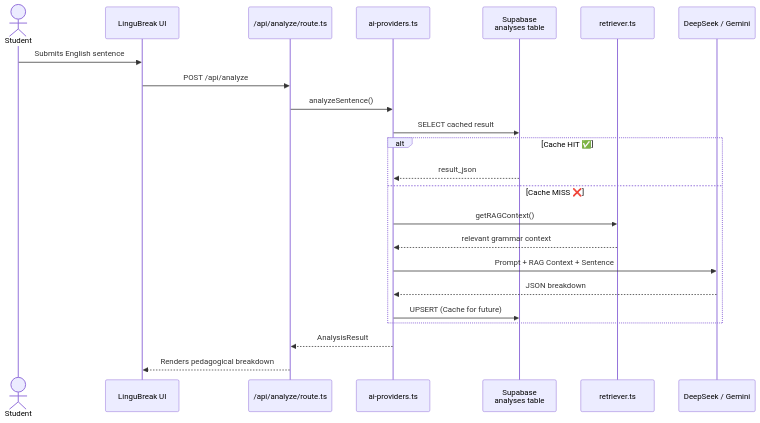
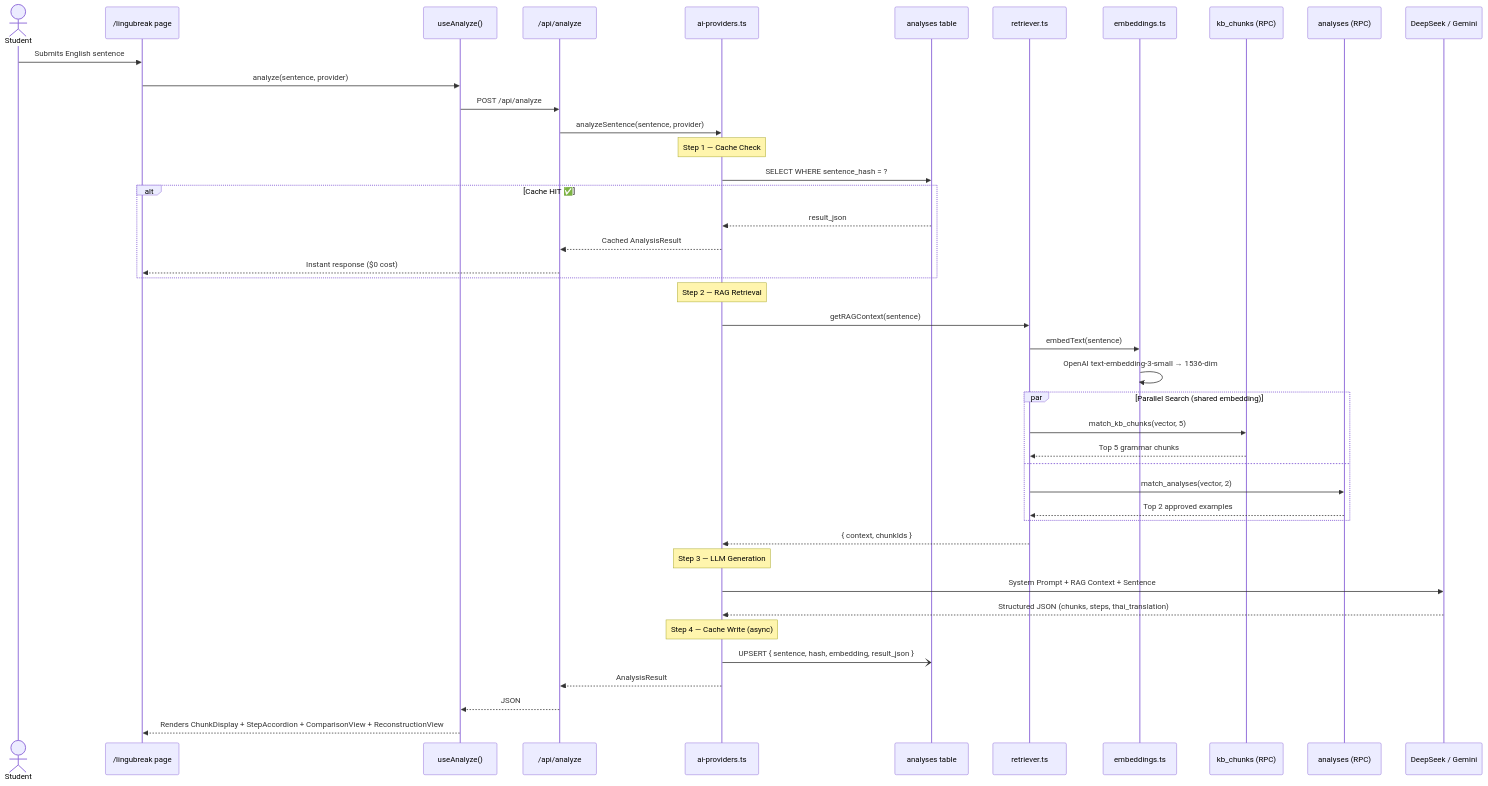
One commit to IckeNount/caffeine changed the second of 9 diagrams in docs/system_design.md. Above: the diagram before and after it, drawn with Mermaid. The commit also changed other lines of this file and 48 other files, not shown here.

Commit message:
feat: Add authentication, admin dashboard, and scalable architecture

````diff
--- a/docs/system_design.md
+++ b/docs/system_design.md
@@ -69,28 +115,54 @@
 ```mermaid
 sequenceDiagram
     actor Student
-    participant UI as LinguBreak UI
-    participant API as /api/analyze/route.ts
+    participant UI as /lingubreak page
+    participant Hook as useAnalyze()
+    participant API as /api/analyze
     participant Engine as ai-providers.ts
-    participant Cache as Supabase<br/>analyses table
+    participant Cache as analyses table
     participant RAG as retriever.ts
+    participant Embed as embeddings.ts
+    participant KB as kb_chunks (RPC)
+    participant Past as analyses (RPC)
     participant LLM as DeepSeek / Gemini
 
     Student->>UI: Submits English sentence
-    UI->>API: POST /api/analyze
-    API->>Engine: analyzeSentence()
-    
-    Engine->>Cache: SELECT cached result
+    UI->>Hook: analyze(sentence, provider)
+    Hook->>API: POST /api/analyze
+
+    API->>Engine: analyzeSentence(sentence, provider)
+
+    Note over Engine: Step 1 — Cache Check
+    Engine->>Cache: SELECT WHERE sentence_hash = ?
     alt Cache HIT ✅
         Cache-->>Engine: result_json
-    else Cache MISS ❌
-        Engine->>RAG: getRAGContext()
-        RAG-->>Engine: relevant grammar context
-        Engine->>LLM: Prompt + RAG Context + Sentence
-        LLM-->>Engine: JSON breakdown
-        Engine->>Cache: UPSERT (Cache for future)
+        Engine-->>API: Cached AnalysisResult
+        API-->>UI: Instant response ($0 cost)
     end
-    
+
+    Note over Engine: Step 2 — RAG Retrieval
+    Engine->>RAG: getRAGContext(sentence)
+    RAG->>Embed: embedText(sentence)
+    Embed->>Embed: OpenAI text-embedding-3-small → 1536-dim
+
+    par Parallel Search (shared embedding)
+        RAG->>KB: match_kb_chunks(vector, 5)
+        KB-->>RAG: Top 5 grammar chunks
+    and
+        RAG->>Past: match_analyses(vector, 2)
+        Past-->>RAG: Top 2 approved examples
+    end
+
+    RAG-->>Engine: { context, chunkIds }
+
+    Note over Engine: Step 3 — LLM Generation
+    Engine->>LLM: System Prompt + RAG Context + Sentence
+    LLM-->>Engine: Structured JSON (chunks, steps, thai_translation)
+
+    Note over Engine: Step 4 — Cache Write (async)
+    Engine-)Cache: UPSERT { sentence, hash, embedding, result_json }
+
     Engine-->>API: AnalysisResult
-    API-->>UI: Renders pedagogical breakdown
+    API-->>Hook: JSON
+    Hook-->>UI: Renders ChunkDisplay + StepAccordion + ComparisonView + ReconstructionView
 ```
````
